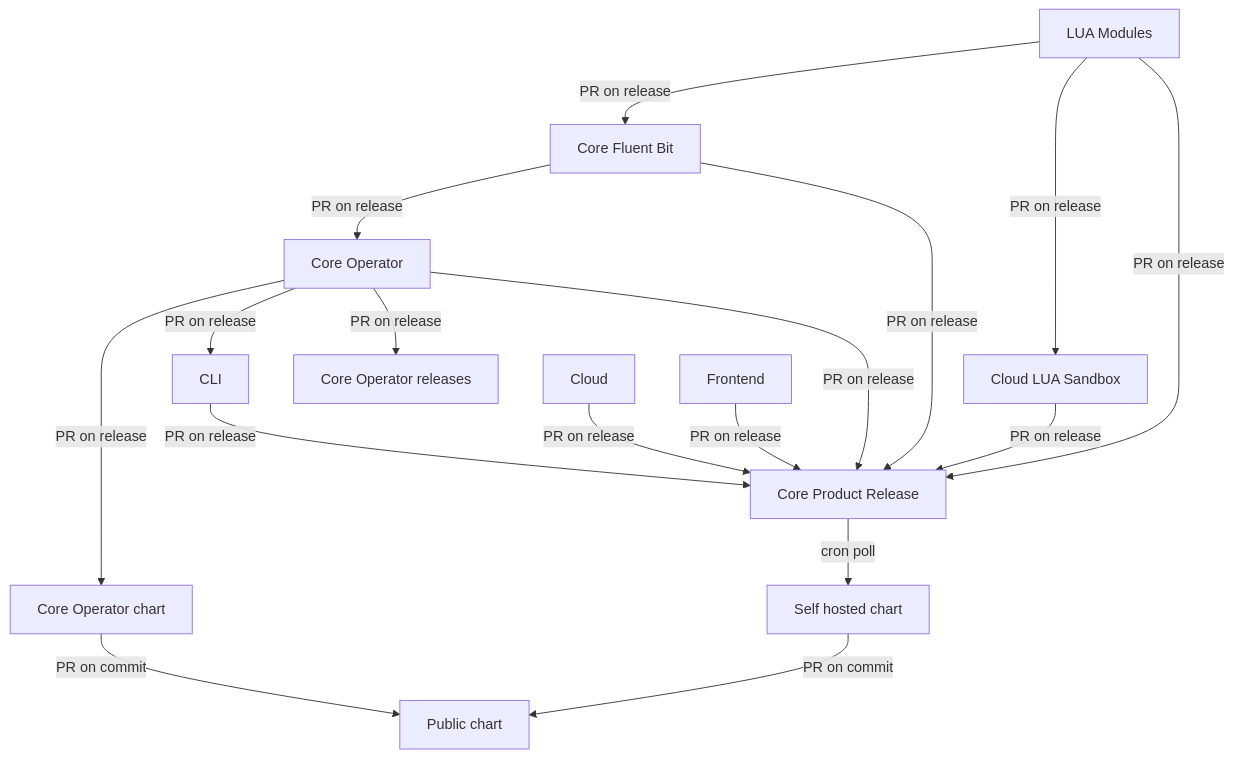
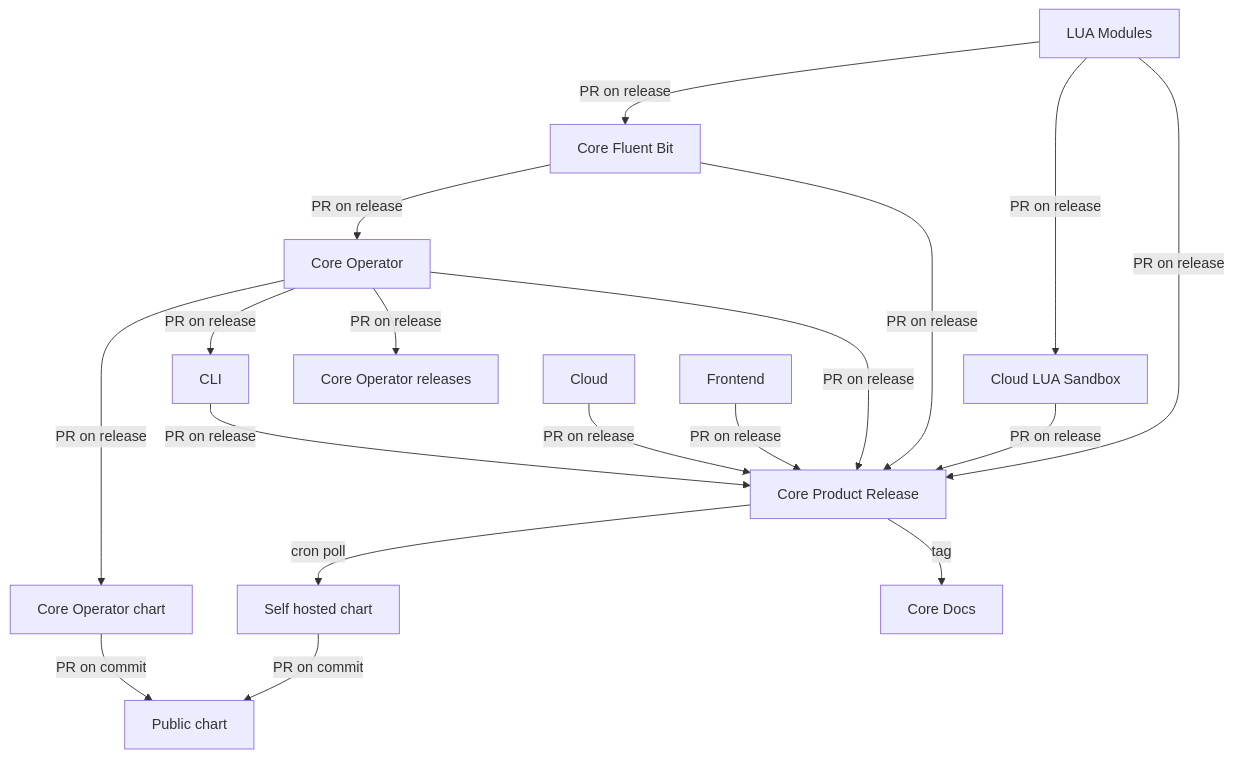
One commit to chronosphereio/calyptia-core-product-release changed the diagram in README.md. Above: the diagram before and after it, drawn with Mermaid. The commit also changed other lines of this file, not shown here.

````diff
--- a/README.md
+++ b/README.md
@@ -11,24 +11,26 @@
 ```mermaid
 graph TD;
    LM[LUA Modules]-- PR on release -->CFB[Core Fluent Bit];
    LM[LUA Modules]-- PR on release -->CLS[Cloud LUA Sandbox];
    LM[LUA Modules]-- PR on release -->CPR[Core Product Release];
 
    CFB[Core Fluent Bit]-- PR on release -->CO[Core Operator];
    CFB[Core Fluent Bit]-- PR on release -->CPR[Core Product Release];
 
    CO[Core Operator]-- PR on release -->COC[Core Operator chart];
    CO[Core Operator]-- PR on release -->CLI;
    CO[Core Operator]-- PR on release -->COR[Core Operator releases];
    CO[Core Operator]-- PR on release -->CPR[Core Product Release];
 
    COC[Core Operator chart]-- PR on commit -->PC[Public chart];
 
    CLI-- PR on release -->CPR[Core Product Release];
    Cloud-- PR on release -->CPR[Core Product Release];
    Frontend-- PR on release -->CPR[Core Product Release];
    CLS[Cloud LUA Sandbox]-- PR on release -->CPR[Core Product Release];
 
    CPR[Core Product Release]-- cron poll -->SHC[Self hosted chart];
    SHC[Self hosted chart]-- PR on commit -->PC[Public chart];
+
+   CPR[Core Product Release]-- tag -->CD[Core Docs];
 ```
````
